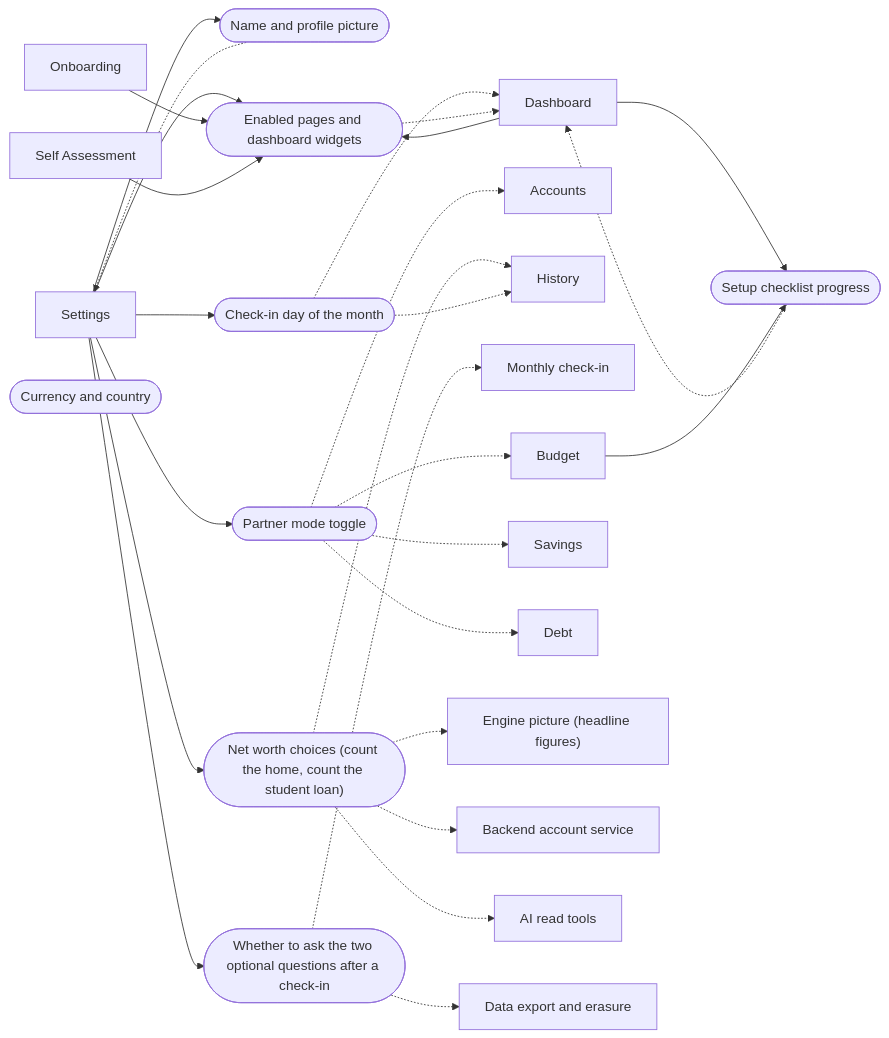
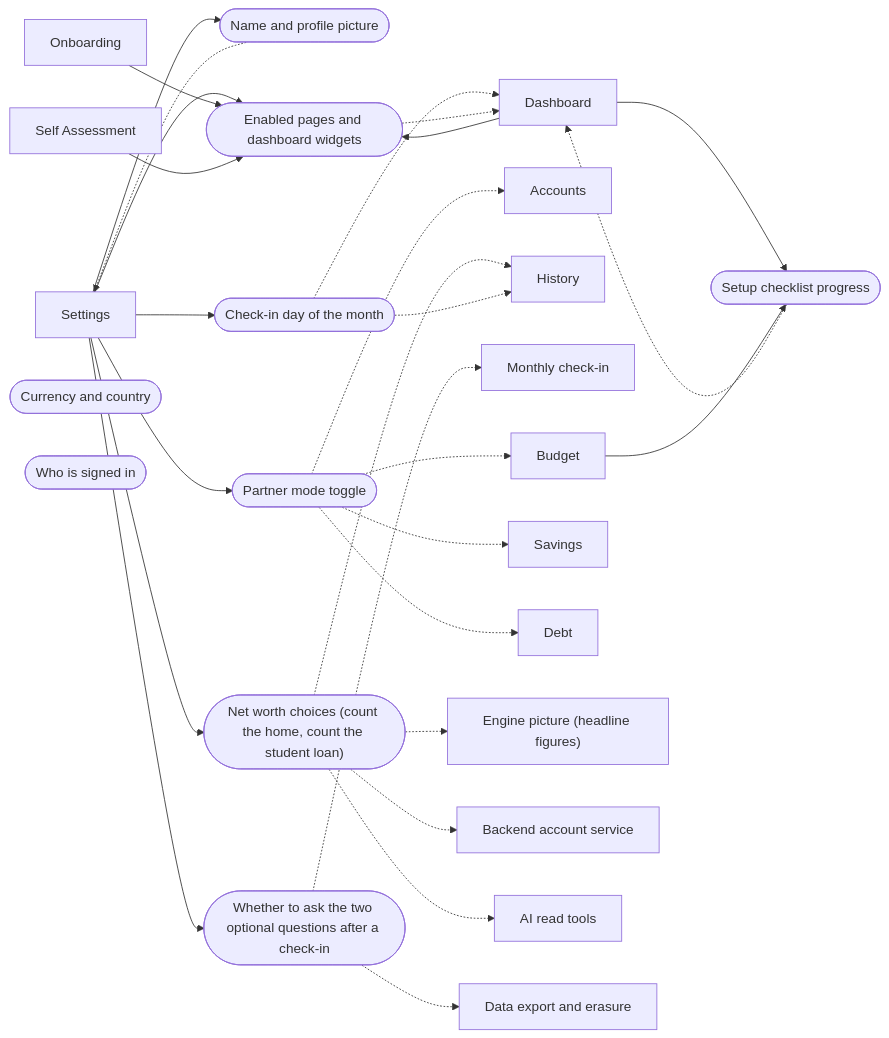
One commit to mgallagher56/flump changed the fourth of 8 diagrams in docs/system/generated/connections.md. Above: the diagram before and after it, drawn with Mermaid. The commit also changed 12 other files, not shown here.

````diff
--- a/docs/system/generated/connections.md
+++ b/docs/system/generated/connections.md
@@ -409,51 +409,52 @@
 ```mermaid
 flowchart LR
   s_onboarding["Onboarding"]
   s_dashboard["Dashboard"]
   s_accounts["Accounts"]
   s_history["History"]
   s_check_in["Monthly check-in"]
   s_budget["Budget"]
   s_savings["Savings"]
   s_debt["Debt"]
   s_self_assessment["Self Assessment"]
   s_settings["Settings"]
   s_picture["Engine picture (headline figures)"]
   s_account_service["Backend account service"]
   s_mcp_read["AI read tools"]
   s_export["Data export and erasure"]
   f_name_and_avatar(["Name and profile picture"])
   s_settings --> f_name_and_avatar
   f_name_and_avatar -.-> s_settings
   f_partner_mode(["Partner mode toggle"])
   s_settings --> f_partner_mode
   f_partner_mode -.-> s_accounts
   f_partner_mode -.-> s_debt
   f_partner_mode -.-> s_savings
   f_partner_mode -.-> s_budget
   f_net_worth_choices(["Net worth choices (count the home, count the student loan)"])
   s_settings --> f_net_worth_choices
   f_net_worth_choices -.-> s_picture
   f_net_worth_choices -.-> s_history
   f_net_worth_choices -.-> s_account_service
   f_net_worth_choices -.-> s_mcp_read
   f_wellbeing_questions_switch(["Whether to ask the two optional questions after a check-in"])
   s_settings --> f_wellbeing_questions_switch
   f_wellbeing_questions_switch -.-> s_check_in
   f_wellbeing_questions_switch -.-> s_export
   f_check_in_day(["Check-in day of the month"])
   s_settings --> f_check_in_day
   f_check_in_day -.-> s_dashboard
   f_check_in_day -.-> s_history
   f_enabled_pages_and_widgets(["Enabled pages and dashboard widgets"])
   s_settings --> f_enabled_pages_and_widgets
   s_onboarding --> f_enabled_pages_and_widgets
   s_self_assessment --> f_enabled_pages_and_widgets
   s_dashboard --> f_enabled_pages_and_widgets
   f_enabled_pages_and_widgets -.-> s_dashboard
   f_setup_checklist(["Setup checklist progress"])
   s_dashboard --> f_setup_checklist
   s_budget --> f_setup_checklist
   f_setup_checklist -.-> s_dashboard
   f_currency_and_country(["Currency and country"])
+  f_sign_in_identity(["Who is signed in"])
 ```
````
